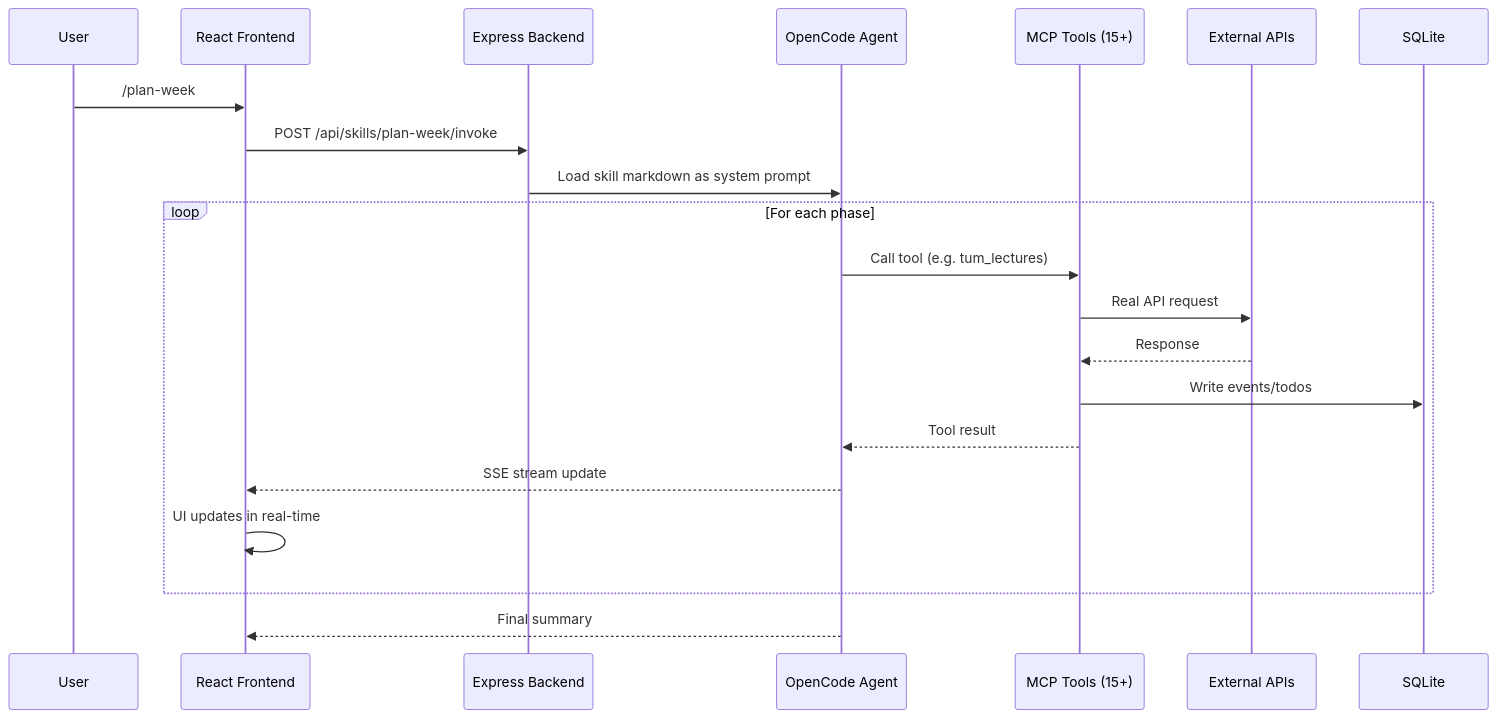
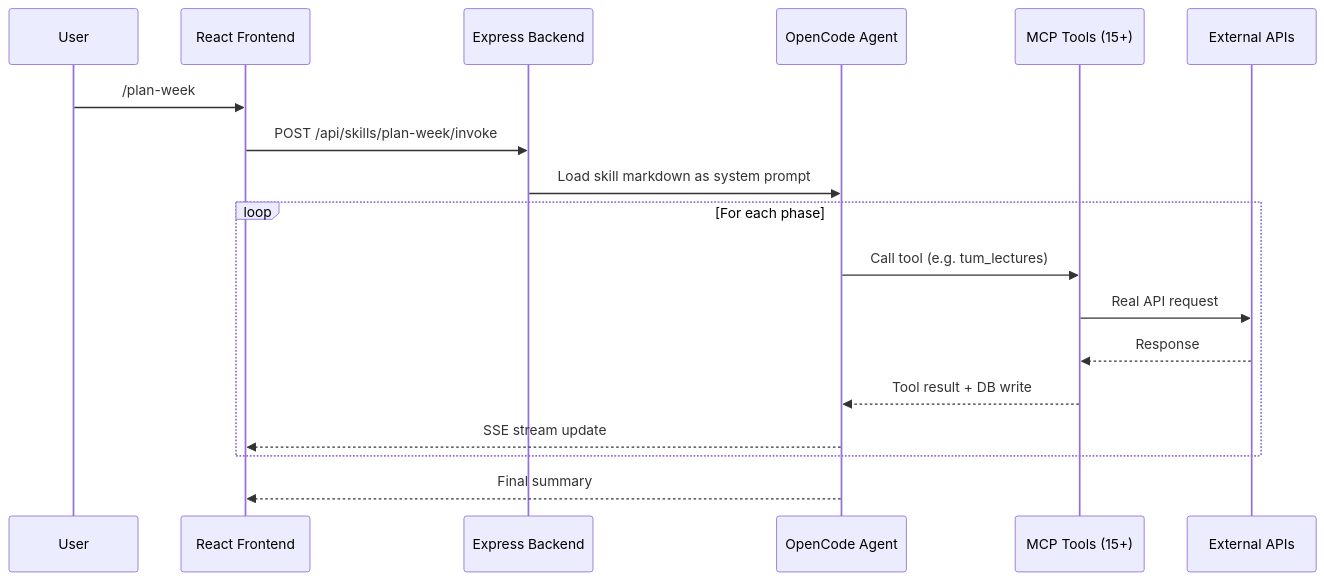
Before and after one commit to neuromaxer/AssisTUM: diagram 11 of 11 in pitch-deck/slides.md, drawn with Mermaid. The commit also changed other lines of this file, not shown here.

Commit message:
fix: team name to Pui, use real screenshot, fix appendix diagram overflow

````diff
--- a/pitch-deck/slides.md
+++ b/pitch-deck/slides.md
@@ -548,24 +526,21 @@
-```mermaid {scale: 0.5}
+```mermaid {scale: 0.38}
 sequenceDiagram
     participant User
     participant Frontend as React Frontend
     participant Backend as Express Backend
     participant Agent as OpenCode Agent
     participant MCP as MCP Tools (15+)
     participant API as External APIs
-    participant DB as SQLite
 
     User->>Frontend: /plan-week
     Frontend->>Backend: POST /api/skills/plan-week/invoke
     Backend->>Agent: Load skill markdown as system prompt
     loop For each phase
         Agent->>MCP: Call tool (e.g. tum_lectures)
         MCP->>API: Real API request
         API-->>MCP: Response
-        MCP->>DB: Write events/todos
-        MCP-->>Agent: Tool result
+        MCP-->>Agent: Tool result + DB write
         Agent-->>Frontend: SSE stream update
-        Frontend->>Frontend: UI updates in real-time
     end
     Agent-->>Frontend: Final summary
 ```
````
